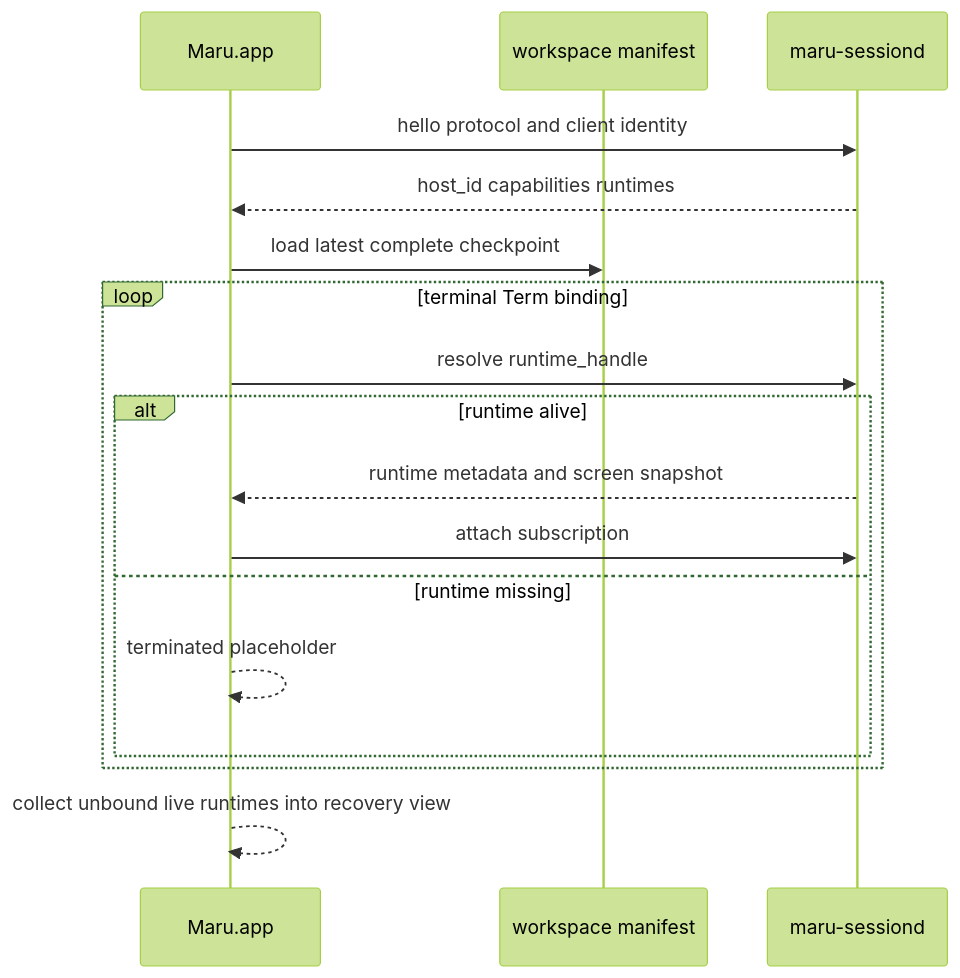
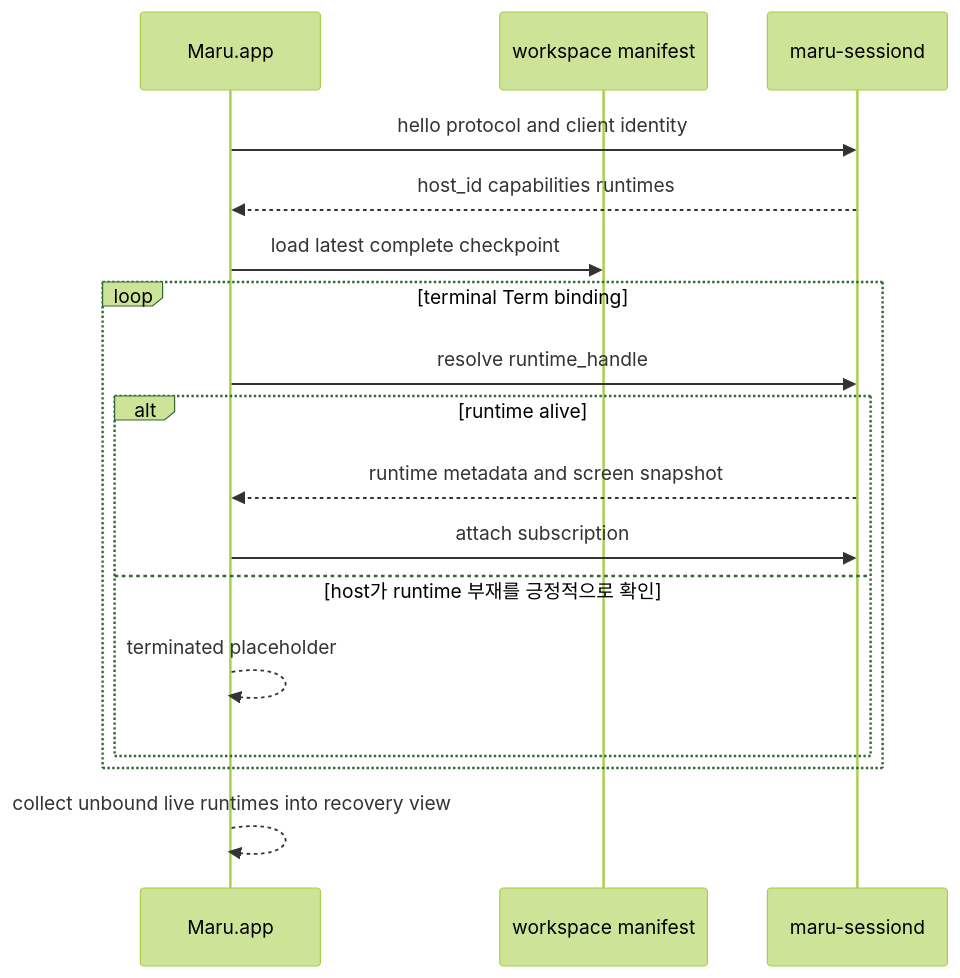
One commit to ohah/maru changed the second of 2 diagrams in docs/persistent-session-host.md. Above: the diagram before and after it, drawn with Mermaid (forest theme). The commit also changed other lines of this file and 11 other files, not shown here.

````diff
--- a/docs/persistent-session-host.md
+++ b/docs/persistent-session-host.md
@@ -491,19 +519,19 @@
 ```mermaid
 sequenceDiagram
   participant G as Maru.app
   participant M as workspace manifest
   participant H as maru-sessiond
   G->>H: hello protocol and client identity
   H-->>G: host_id capabilities runtimes
   G->>M: load latest complete checkpoint
   loop terminal Term binding
     G->>H: resolve runtime_handle
     alt runtime alive
       H-->>G: runtime metadata and screen snapshot
       G->>H: attach subscription
-    else runtime missing
+    else host가 runtime 부재를 긍정적으로 확인
       G-->>G: terminated placeholder
     end
   end
   G-->>G: collect unbound live runtimes into recovery view
 ```
````
